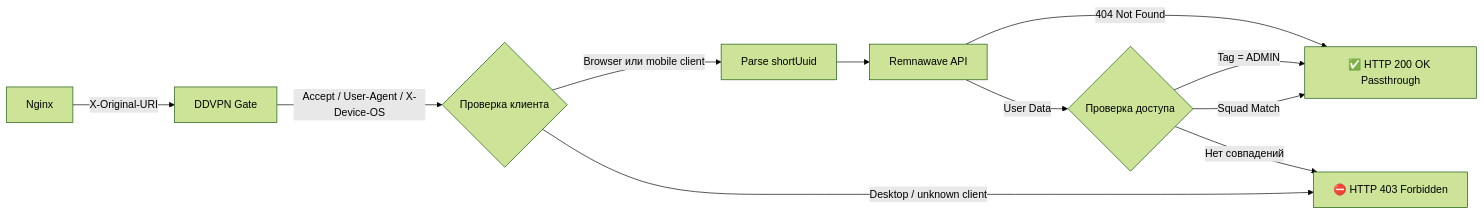
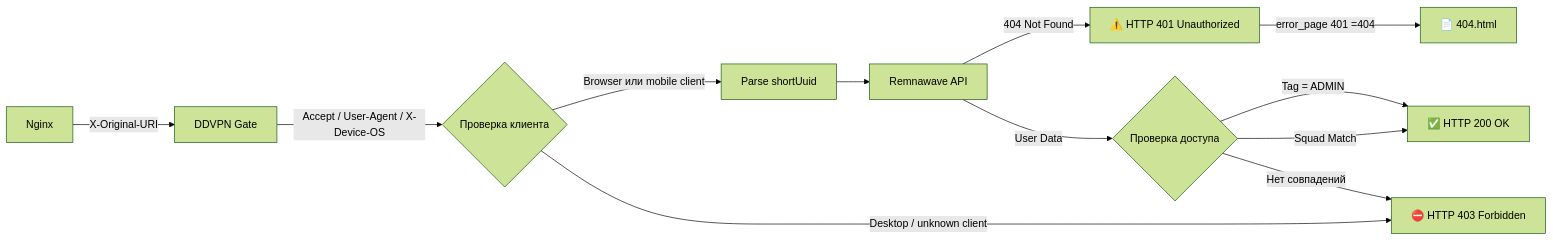
Before and after one commit to fxfuren/ddvpn-gate: the diagram in README.md, drawn with Mermaid (forest theme). The commit also changed other lines of this file and 6 other files, not shown here.

Commit message:
feat(auth): update user not found handling to return 401 Unauthorized and adjust related tests

````diff
--- a/README.md
+++ b/README.md
@@ -107,13 +107,14 @@
 ```mermaid
 graph LR
     A[Nginx] -->|X-Original-URI| B[DDVPN Gate]
     B -->|Accept / User-Agent / X-Device-OS| C{Проверка клиента}
     C -->|Browser или mobile client| D[Parse shortUuid]
     C -->|Desktop / unknown client| G[⛔ HTTP 403 Forbidden]
     D --> E[Remnawave API]
-    E -->|404 Not Found| H[✅ HTTP 200 OK Passthrough]
+    E -->|404 Not Found| J[⚠️ HTTP 401 Unauthorized]
+    J -->|error_page 401 =404| K[📄 404.html]
     E -->|User Data| F{Проверка доступа}
-    F -->|Tag = ADMIN| H
+    F -->|Tag = ADMIN| H[✅ HTTP 200 OK]
     F -->|Squad Match| H
     F -->|Нет совпадений| G
 ```
````
